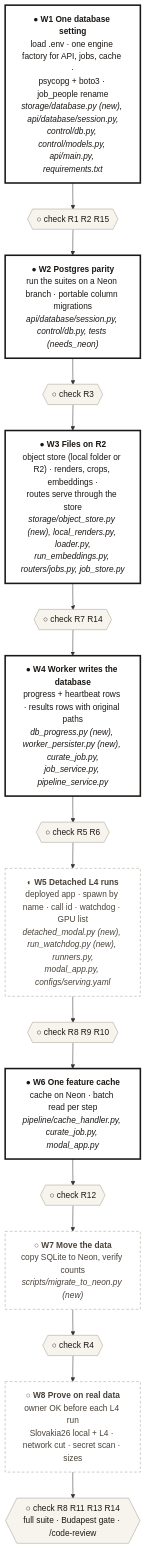
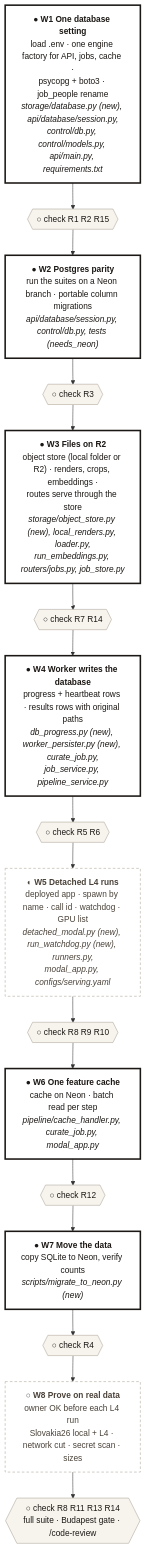
One commit to jonathanhexner/albumify changed the first of 2 diagrams in specs/117-neon-r2-one-database/spec.md. Above: the diagram before and after it, drawn with Mermaid. The commit also changed other lines of this file and 50 other files, not shown here.

````diff
--- a/specs/117-neon-r2-one-database/spec.md
+++ b/specs/117-neon-r2-one-database/spec.md
@@ -39,26 +39,26 @@
 ```mermaid
 flowchart TD
   W1["<b>● W1 One database setting</b><br/>load .env · one engine factory for API, jobs, cache ·<br/>psycopg + boto3 · job_people rename<br/><i>storage/database.py (new), api/database/session.py,<br/>control/db.py, control/models.py, api/main.py, requirements.txt</i>"]
   C1{{"○ check R1 R2 R15"}}
   W2["<b>● W2 Postgres parity</b><br/>run the suites on a Neon branch · portable column migrations<br/><i>api/database/session.py, control/db.py, tests (needs_neon)</i>"]
   C2{{"○ check R3"}}
   W3["<b>● W3 Files on R2</b><br/>object store (local folder or R2) · renders, crops, embeddings ·<br/>routes serve through the store<br/><i>storage/object_store.py (new), local_renders.py, loader.py,<br/>run_embeddings.py, routers/jobs.py, job_store.py</i>"]
   C3{{"○ check R7 R14"}}
   W4["<b>● W4 Worker writes the database</b><br/>progress + heartbeat rows · results rows with original paths<br/><i>db_progress.py (new), worker_persister.py (new), curate_job.py,<br/>job_service.py, pipeline_service.py</i>"]
   C4{{"○ check R5 R6"}}
   W5["<b>◐ W5 Detached L4 runs</b><br/>deployed app · spawn by name · call id · watchdog · GPU list<br/><i>detached_modal.py (new), run_watchdog.py (new), runners.py,<br/>modal_app.py, configs/serving.yaml</i>"]
   C5{{"○ check R8 R9 R10"}}
   W6["<b>● W6 One feature cache</b><br/>cache on Neon · batch read per step<br/><i>pipeline/cache_handler.py, curate_job.py, modal_app.py</i>"]
   C6{{"○ check R12"}}
-  W7["<b>○ W7 Move the data</b><br/>copy SQLite to Neon, verify counts<br/><i>scripts/migrate_to_neon.py (new)</i>"]
+  W7["<b>● W7 Move the data</b><br/>copy SQLite to Neon, verify counts<br/><i>scripts/migrate_to_neon.py (new)</i>"]
   C7{{"○ check R4"}}
   W8["<b>○ W8 Prove on real data</b><br/>owner OK before each L4 run<br/>Slovakia26 local + L4 · network cut · secret scan · sizes"]
   C8{{"○ check R8 R11 R13 R14<br/>full suite · Budapest gate · /code-review"}}
   W1 --> C1 --> W2 --> C2 --> W3 --> C3 --> W4 --> C4 --> W5 --> C5 --> W6 --> C6 --> W7 --> C7 --> W8 --> C8
   classDef done fill:#FFFFFF,stroke:#1B1714,stroke-width:3px,color:#1B1714
   classDef todo fill:#FFFFFF,stroke:#A89F92,stroke-width:1px,stroke-dasharray:5 4,color:#4A4239
   classDef check fill:#F7F4EE,stroke:#A89F92,color:#1B1714
-  class W1,W2,W3,W4,W6 done
-  class W5,W7,W8 todo
+  class W1,W2,W3,W4,W6,W7 done
+  class W5,W8 todo
   class C1,C2,C3,C4,C5,C6,C7,C8 check
 ```
````
